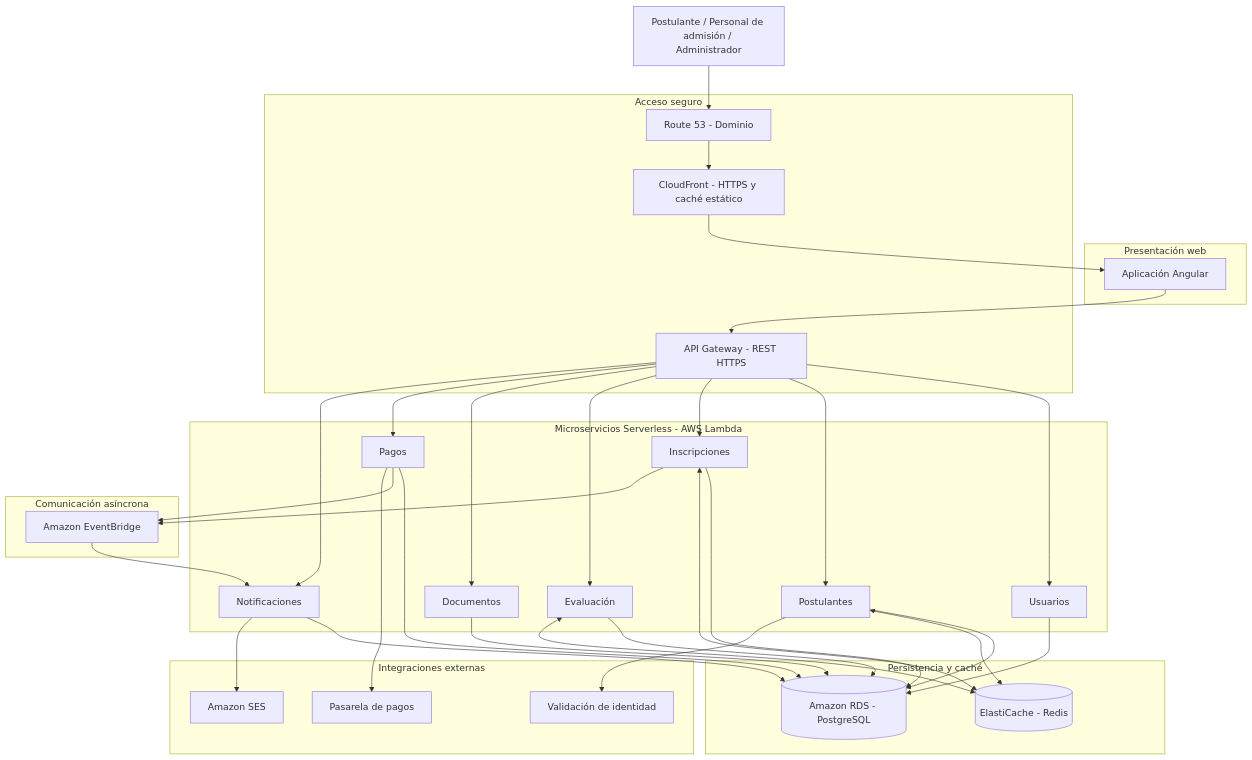
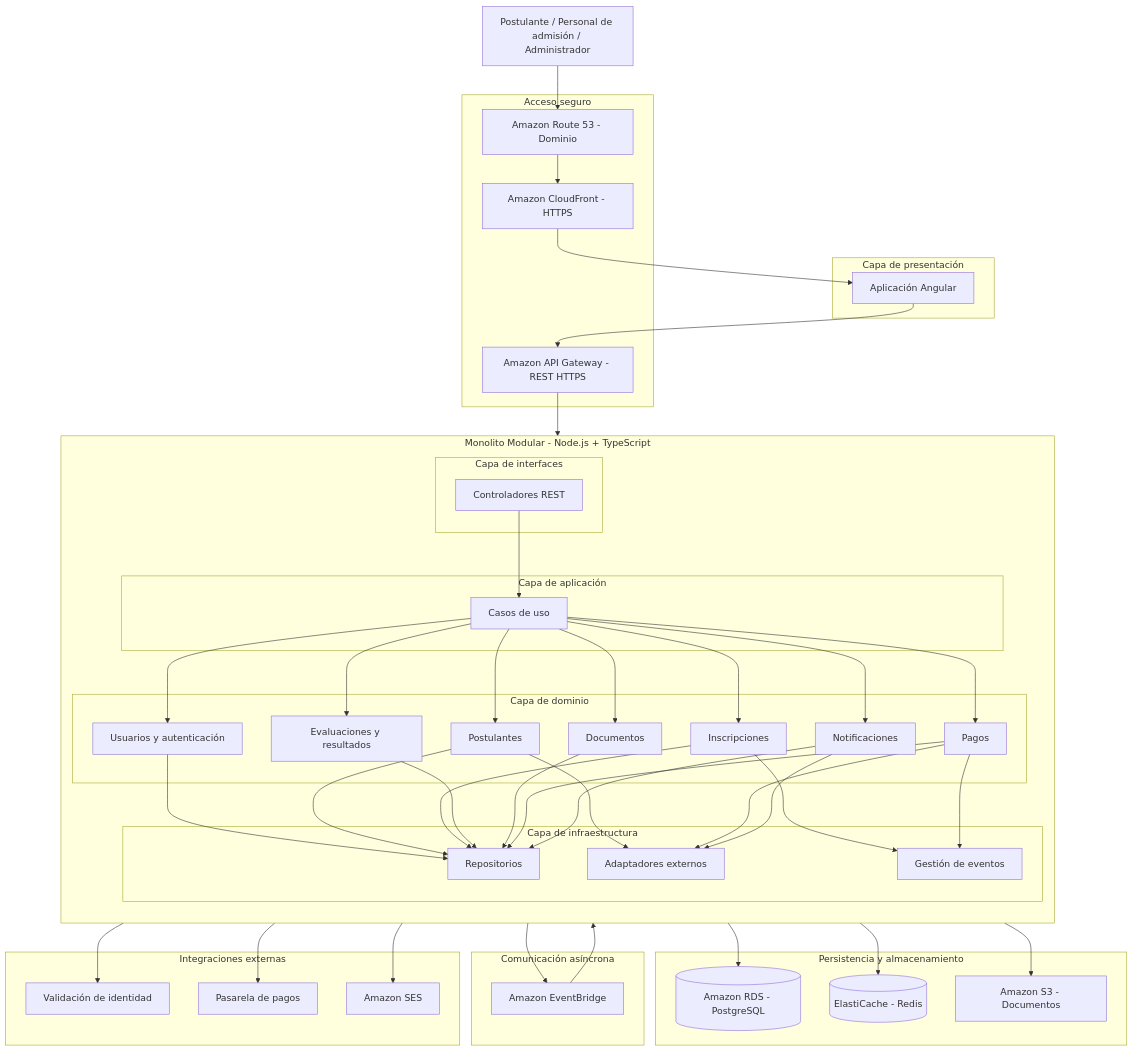
One commit to DiegoCoras06/ENTREGABLE-01-PROPUESTA-INICIAL-DEL-PROYECTO changed the diagram in docs/02-arquitectura-de-software/08-arquitectura-inicial.md. Above: the diagram before and after it, drawn with Mermaid. The commit also changed other lines of this file, not shown here.

Commit message:
SUbiendo actualizando

````diff
--- a/docs/02-arquitectura-de-software/08-arquitectura-inicial.md
+++ b/docs/02-arquitectura-de-software/08-arquitectura-inicial.md
@@ -18,29 +13,73 @@
 flowchart TB
     U["Postulante / Personal de admisión / Administrador"]
 
-    subgraph WEB["Presentación web"]
+    subgraph WEB["Capa de presentación"]
         FE["Aplicación Angular"]
     end
 
     subgraph ACCESO["Acceso seguro"]
-        DNS["Route 53 - Dominio"]
-        CDN["CloudFront - HTTPS y caché estático"]
-        API["API Gateway - REST HTTPS"]
+        DNS["Amazon Route 53 - Dominio"]
+        CDN["Amazon CloudFront - HTTPS"]
+        API["Amazon API Gateway - REST HTTPS"]
     end
 
-    subgraph MS["Microservicios Serverless - AWS Lambda"]
-        US["Usuarios"]
-        PO["Postulantes"]
-        IN["Inscripciones"]
-        EV["Evaluación"]
-        DO["Documentos"]
-        PA["Pagos"]
-        NO["Notificaciones"]
+    subgraph MONOLITO["Monolito Modular - Node.js + TypeScript"]
+        direction TB
+
+        subgraph INTERFACES["Capa de interfaces"]
+            CTRL["Controladores REST"]
+        end
+
+        subgraph APLICACION["Capa de aplicación"]
+            UC["Casos de uso"]
+        end
+
+        subgraph DOMINIO["Capa de dominio"]
+            US["Usuarios y autenticación"]
+            PO["Postulantes"]
+            IN["Inscripciones"]
+            EV["Evaluaciones y resultados"]
+            DO["Documentos"]
+            PA["Pagos"]
+            NO["Notificaciones"]
+        end
+
+        subgraph INFRA["Capa de infraestructura"]
+            REP["Repositorios"]
+            EXT["Adaptadores externos"]
+            EVT["Gestión de eventos"]
+        end
+
+        CTRL --> UC
+
+        UC --> US
+        UC --> PO
+        UC --> IN
+        UC --> EV
+        UC --> DO
+        UC --> PA
+        UC --> NO
+
+        US --> REP
+        PO --> REP
+        IN --> REP
+        EV --> REP
+        DO --> REP
+        PA --> REP
+        NO --> REP
+
+        PO --> EXT
+        PA --> EXT
+        NO --> EXT
+
+        IN --> EVT
+        PA --> EVT
     end
 
-    subgraph DATOS["Persistencia y caché"]
+    subgraph DATOS["Persistencia y almacenamiento"]
         DB[("Amazon RDS - PostgreSQL")]
         CACHE[("ElastiCache - Redis")]
+        S3["Amazon S3 - Documentos"]
     end
 
     subgraph EVENTOS["Comunicación asíncrona"]
@@ -57,32 +96,16 @@
     DNS --> CDN
     CDN --> FE
     FE --> API
+    API --> CTRL
 
-    API --> US
-    API --> PO
-    API --> IN
-    API --> EV
-    API --> DO
-    API --> PA
-    API --> NO
+    REP --> DB
+    REP --> CACHE
+    REP --> S3
 
-    US --> DB
-    PO --> DB
-    IN --> DB
-    EV --> DB
-    DO --> DB
-    PA --> DB
-    NO --> DB
-
-    PO <--> CACHE
-    IN <--> CACHE
-    EV <--> CACHE
-
-    IN --> EB
-    PA --> EB
+    EVT --> EB
     EB --> NO
 
-    PO --> ID
-    PA --> PG
-    NO --> SES
+    EXT --> ID
+    EXT --> PG
+    EXT --> SES
 ```
````
